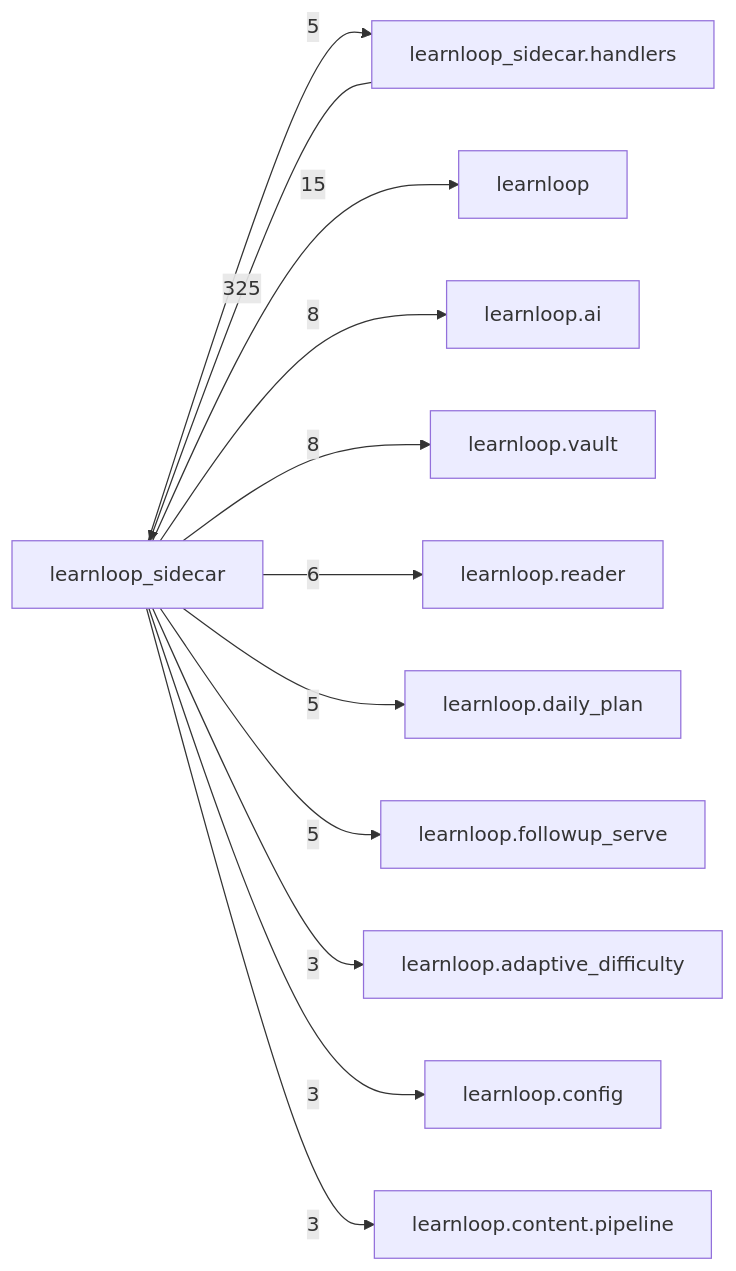
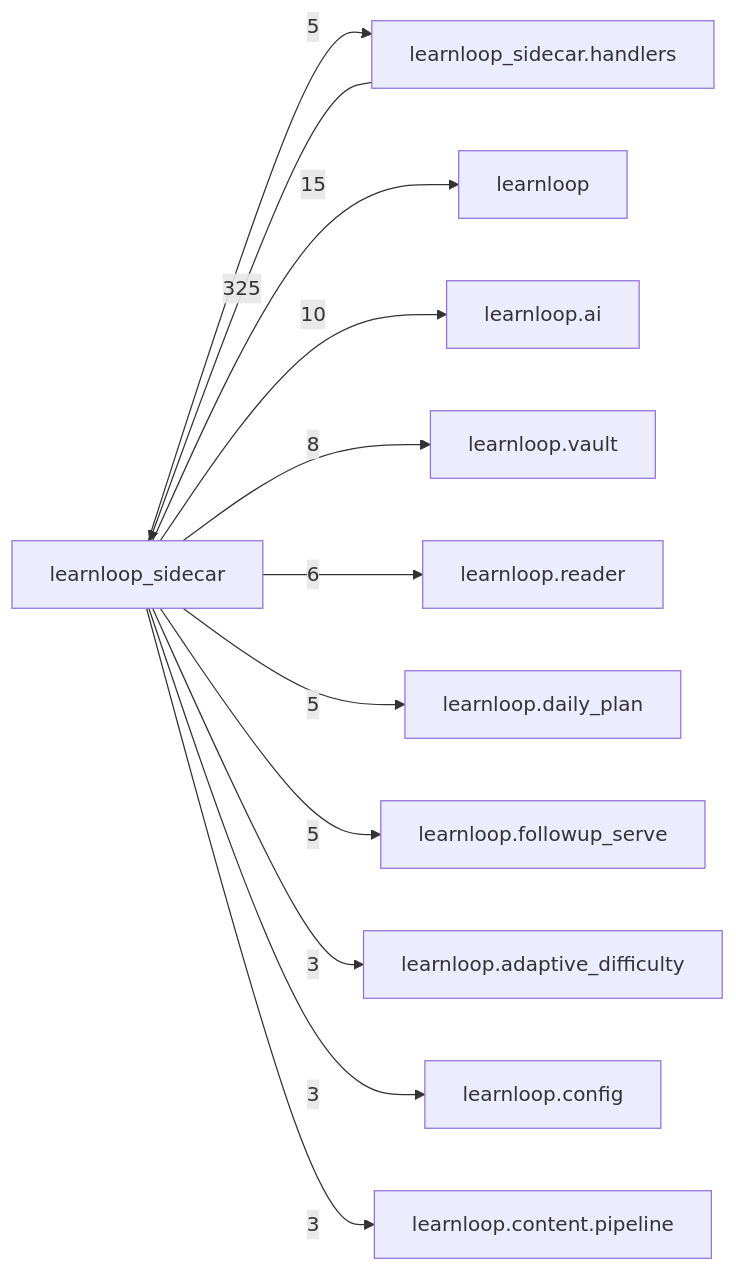
Before and after one commit to 6up-b/learnanything: the diagram in docs/learnloop-architecture-vault/Reference/Modules/learnloop_sidecar/_package.md, drawn with Mermaid. The commit also changed other lines of this file and 85 other files, not shown here.

````diff
--- a/docs/learnloop-architecture-vault/Reference/Modules/learnloop_sidecar/_package.md
+++ b/docs/learnloop-architecture-vault/Reference/Modules/learnloop_sidecar/_package.md
@@ -130,25 +130,25 @@
 ```mermaid
 flowchart LR
     center["learnloop_sidecar"]
     n_learnloop_sidecar_handlers["learnloop_sidecar.handlers"]
     n_learnloop["learnloop"]
     n_learnloop_ai["learnloop.ai"]
     n_learnloop_vault["learnloop.vault"]
     n_learnloop_reader["learnloop.reader"]
     n_learnloop_daily_plan["learnloop.daily_plan"]
     n_learnloop_followup_serve["learnloop.followup_serve"]
     n_learnloop_adaptive_difficulty["learnloop.adaptive_difficulty"]
     n_learnloop_config["learnloop.config"]
     n_learnloop_content_pipeline["learnloop.content.pipeline"]
     n_learnloop_sidecar_handlers -->|325| center
     center -->|5| n_learnloop_sidecar_handlers
     center -->|15| n_learnloop
-    center -->|8| n_learnloop_ai
+    center -->|10| n_learnloop_ai
     center -->|8| n_learnloop_vault
     center -->|6| n_learnloop_reader
     center -->|5| n_learnloop_daily_plan
     center -->|5| n_learnloop_followup_serve
     center -->|3| n_learnloop_adaptive_difficulty
     center -->|3| n_learnloop_config
     center -->|3| n_learnloop_content_pipeline
 ```
````
